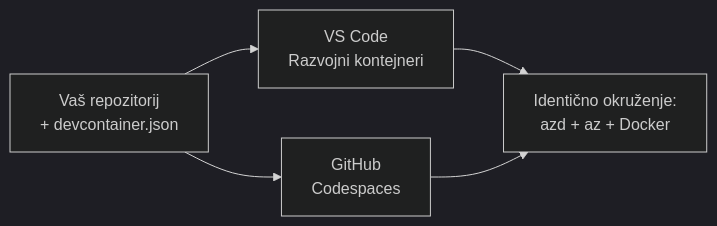
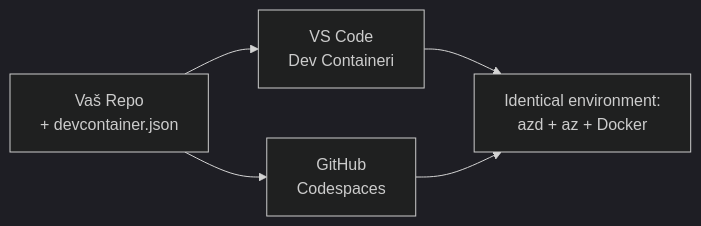
Before and after one commit to microsoft/AZD-for-beginners: the diagram in translations/hr/docs/chapter-01-foundation/dev-containers.md, drawn with Mermaid (dark theme). The commit also changed other lines of this file and 60 other files, not shown here.

````diff
--- a/translations/hr/docs/chapter-01-foundation/dev-containers.md
+++ b/translations/hr/docs/chapter-01-foundation/dev-containers.md
@@ -41,7 +41,7 @@
 ```mermaid
 graph LR
-    Repo[Vaš repozitorij<br/>+ devcontainer.json] --> VSCode[VS Code<br/>Razvojni kontejneri]
+    Repo[Vaš Repo<br/>+ devcontainer.json] --> VSCode[VS Code<br/>Dev Containeri]
     Repo --> Codespaces[GitHub<br/>Codespaces]
-    VSCode --> Env[Identično okruženje:<br/>azd + az + Docker]
+    VSCode --> Env[Identical environment:<br/>azd + az + Docker]
     Codespaces --> Env
 ```
````
